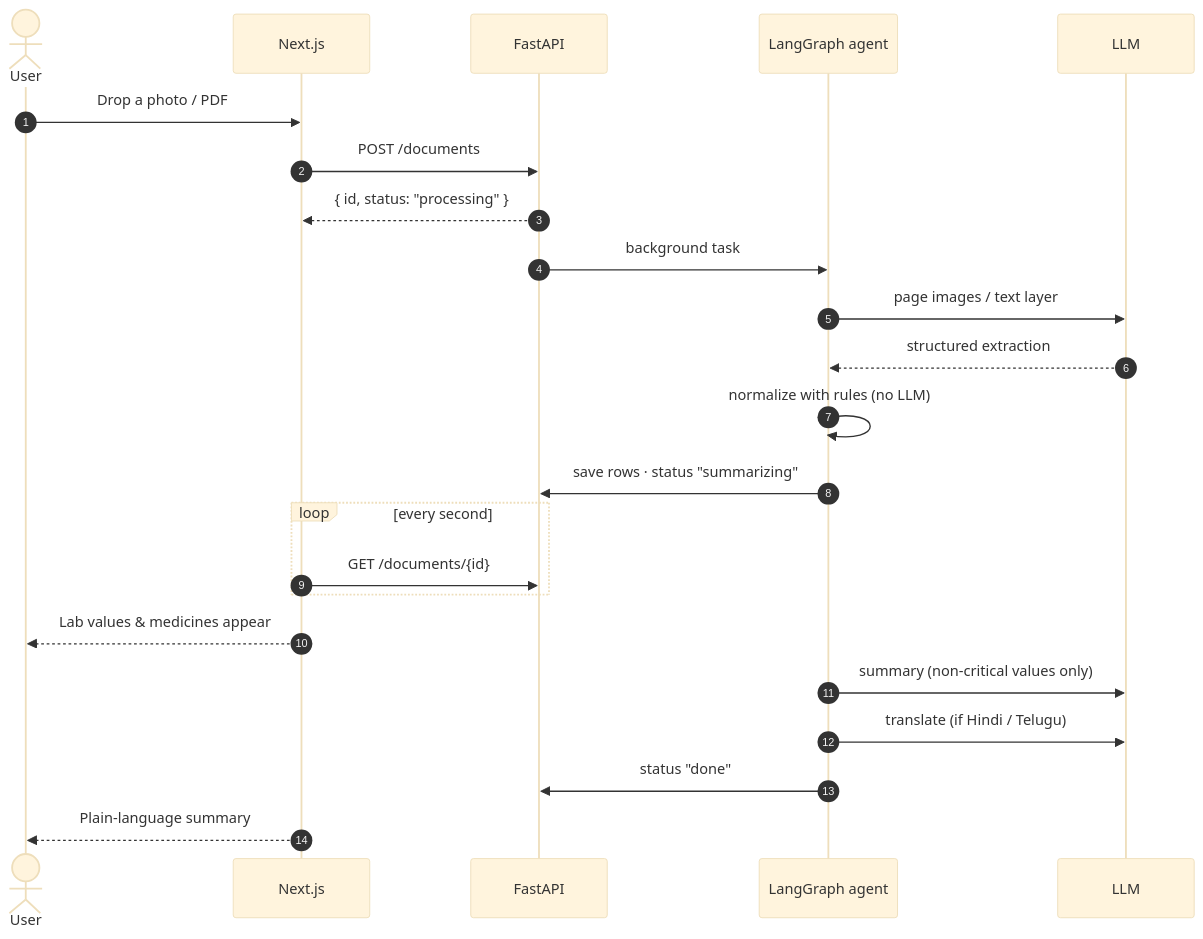
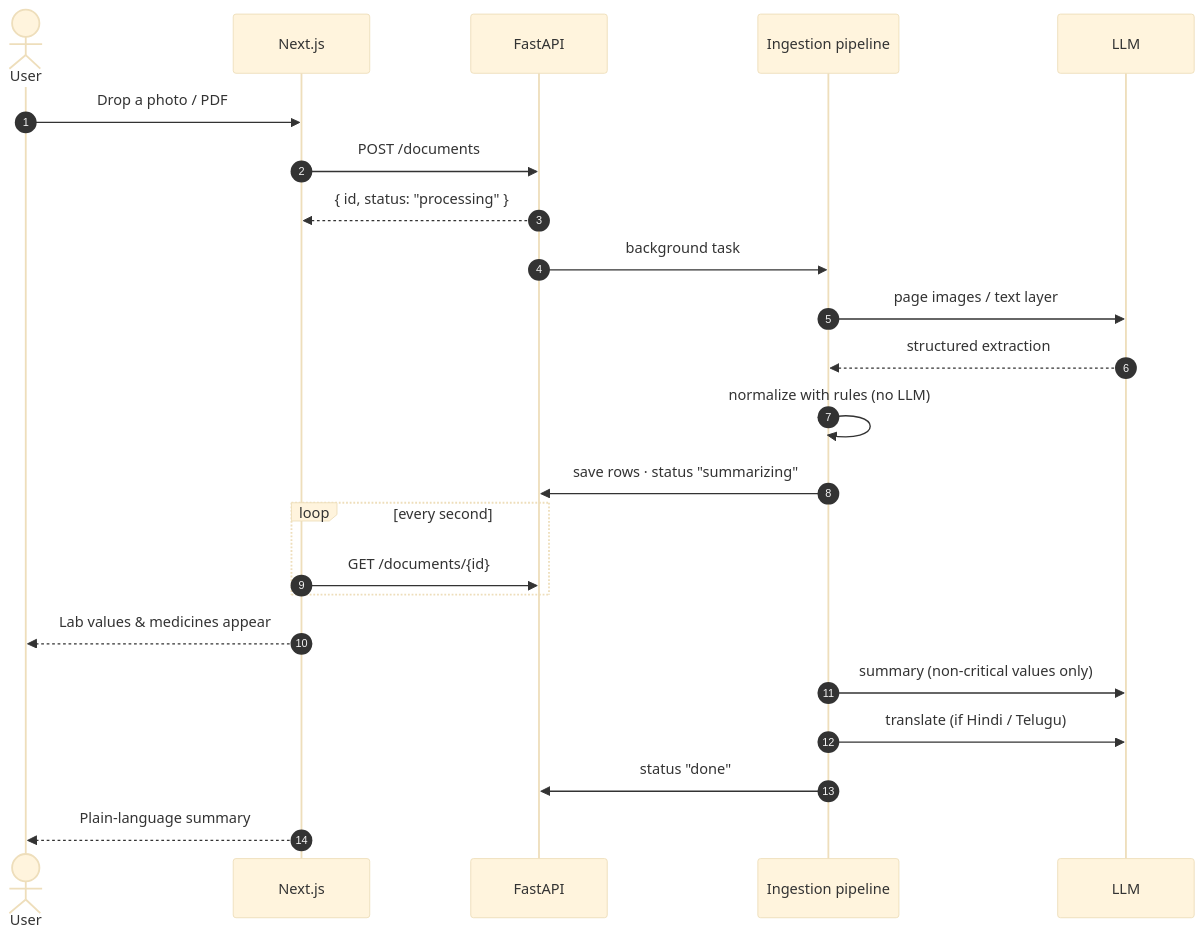
One commit to ProgVon/AI-Powered-Personal-Health-Copilot-RB-21 changed the third of 5 diagrams in README.md. Above: the diagram before and after it, drawn with Mermaid (base theme). The commit also changed other lines of this file and 17 other files, not shown here.

````diff
--- a/README.md
+++ b/README.md
@@ -115,26 +114,26 @@
 ```mermaid
 sequenceDiagram
     autonumber
     actor U as User
     participant W as Next.js
     participant API as FastAPI
-    participant AG as LangGraph agent
+    participant AG as Ingestion pipeline
     participant LLM as LLM
 
     U->>W: Drop a photo / PDF
     W->>API: POST /documents
     API-->>W: { id, status: "processing" }
     API->>AG: background task
     AG->>LLM: page images / text layer
     LLM-->>AG: structured extraction
     AG->>AG: normalize with rules (no LLM)
     AG->>API: save rows · status "summarizing"
     loop every second
         W->>API: GET /documents/{id}
     end
     W-->>U: Lab values & medicines appear
     AG->>LLM: summary (non-critical values only)
     AG->>LLM: translate (if Hindi / Telugu)
     AG->>API: status "done"
     W-->>U: Plain-language summary
 ```
````
